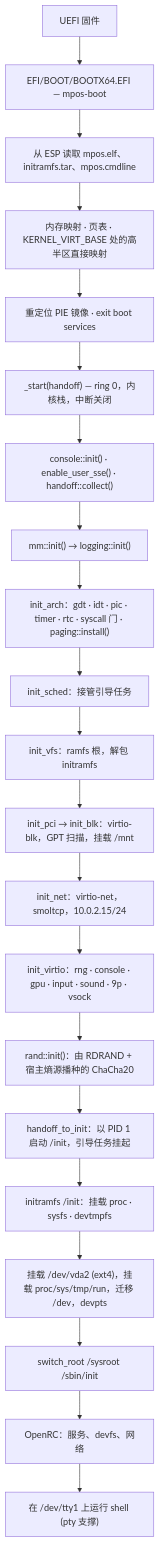
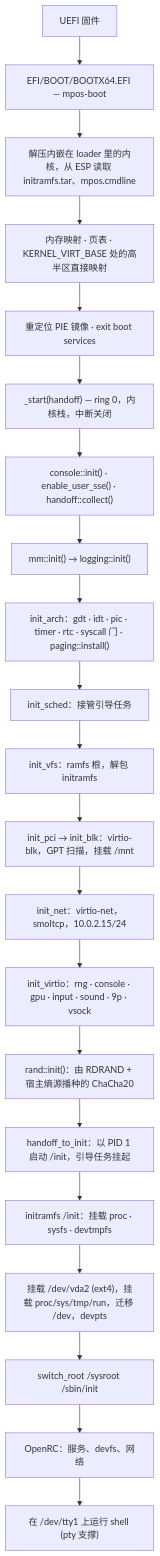
One commit to sgj123456/MPOS changed the second of 5 diagrams in docs/README.zh.md. Above: the diagram before and after it, drawn with Mermaid. The commit also changed other lines of this file and 20 other files, not shown here.

````diff
--- a/docs/README.zh.md
+++ b/docs/README.zh.md
@@ -139,23 +139,23 @@
 ```mermaid
 graph TD
     A["UEFI 固件"] --> B["EFI/BOOT/BOOTX64.EFI — mpos-boot"]
-    B --> B1["从 ESP 读取 mpos.elf、initramfs.tar、mpos.cmdline"]
+    B --> B1["解压内嵌在 loader 里的内核，从 ESP 读取 initramfs.tar、mpos.cmdline"]
     B1 --> B2["内存映射 · 页表 · KERNEL_VIRT_BASE 处的高半区直接映射"]
     B2 --> B3["重定位 PIE 镜像 · exit boot services"]
     B3 --> C["_start(handoff) — ring 0，内核栈，中断关闭"]
     C --> C1["console::init() · enable_user_sse() · handoff::collect()"]
     C1 --> D["mm::init() → logging::init()"]
     D --> E["init_arch：gdt · idt · pic · timer · rtc · syscall 门 · paging::install()"]
     E --> F["init_sched：接管引导任务"]
     F --> G["init_vfs：ramfs 根，解包 initramfs"]
     G --> H["init_pci → init_blk：virtio-blk，GPT 扫描，挂载 /mnt"]
     H --> I["init_net：virtio-net，smoltcp，10.0.2.15/24"]
     I --> J["init_virtio：rng · console · gpu · input · sound · 9p · vsock"]
     J --> K["rand::init()：由 RDRAND + 宿主熵源播种的 ChaCha20"]
     K --> L["handoff_to_init：以 PID 1 启动 /init，引导任务挂起"]
     L --> M["initramfs /init：挂载 proc · sysfs · devtmpfs"]
     M --> N["挂载 /dev/vda2 (ext4)，挂载 proc/sys/tmp/run，迁移 /dev，devpts"]
     N --> O["switch_root /sysroot /sbin/init"]
     O --> P["OpenRC：服务、devfs、网络"]
     P --> Q["在 /dev/tty1 上运行 shell (pty 支撑)"]
 ```
````
